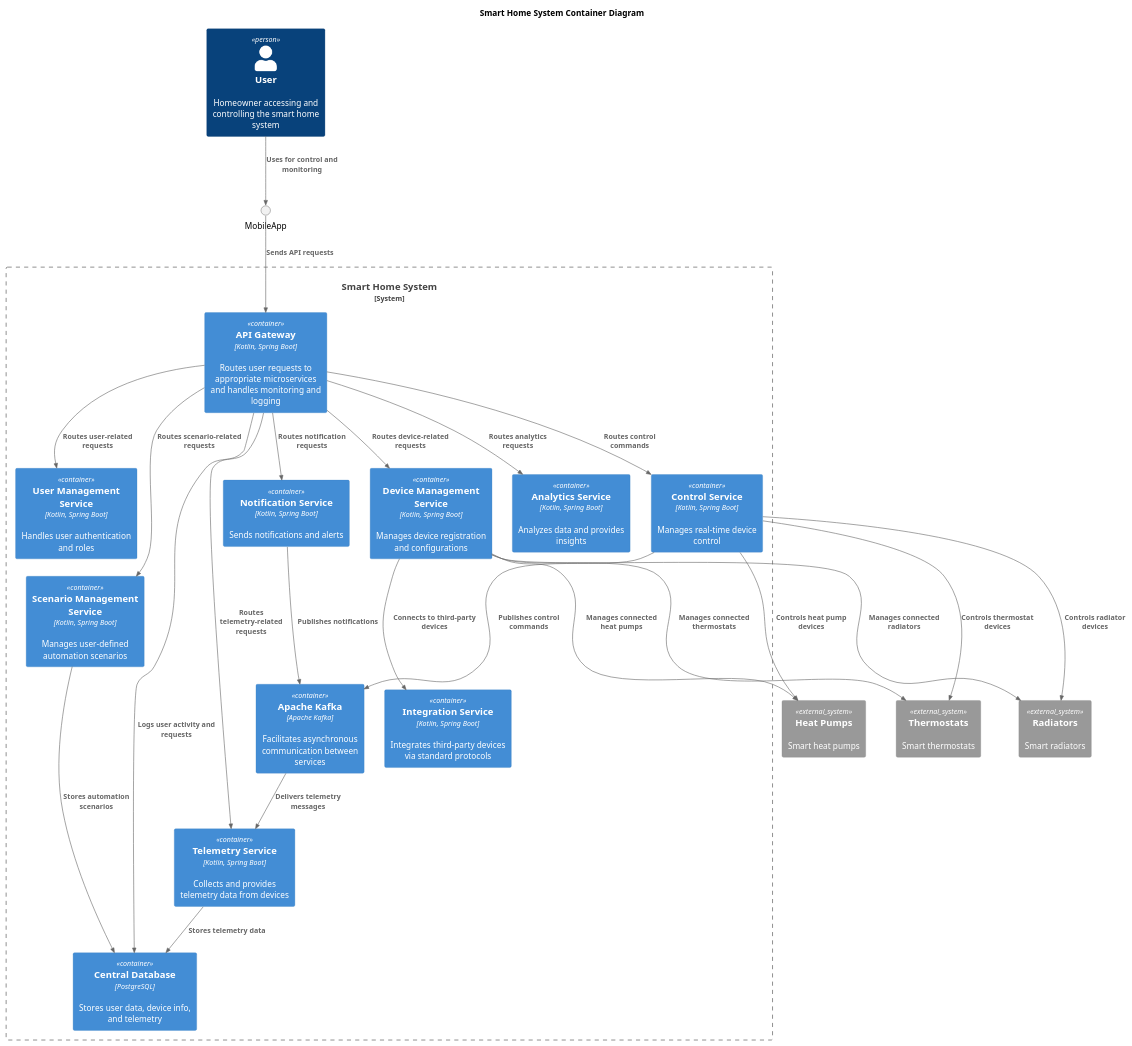
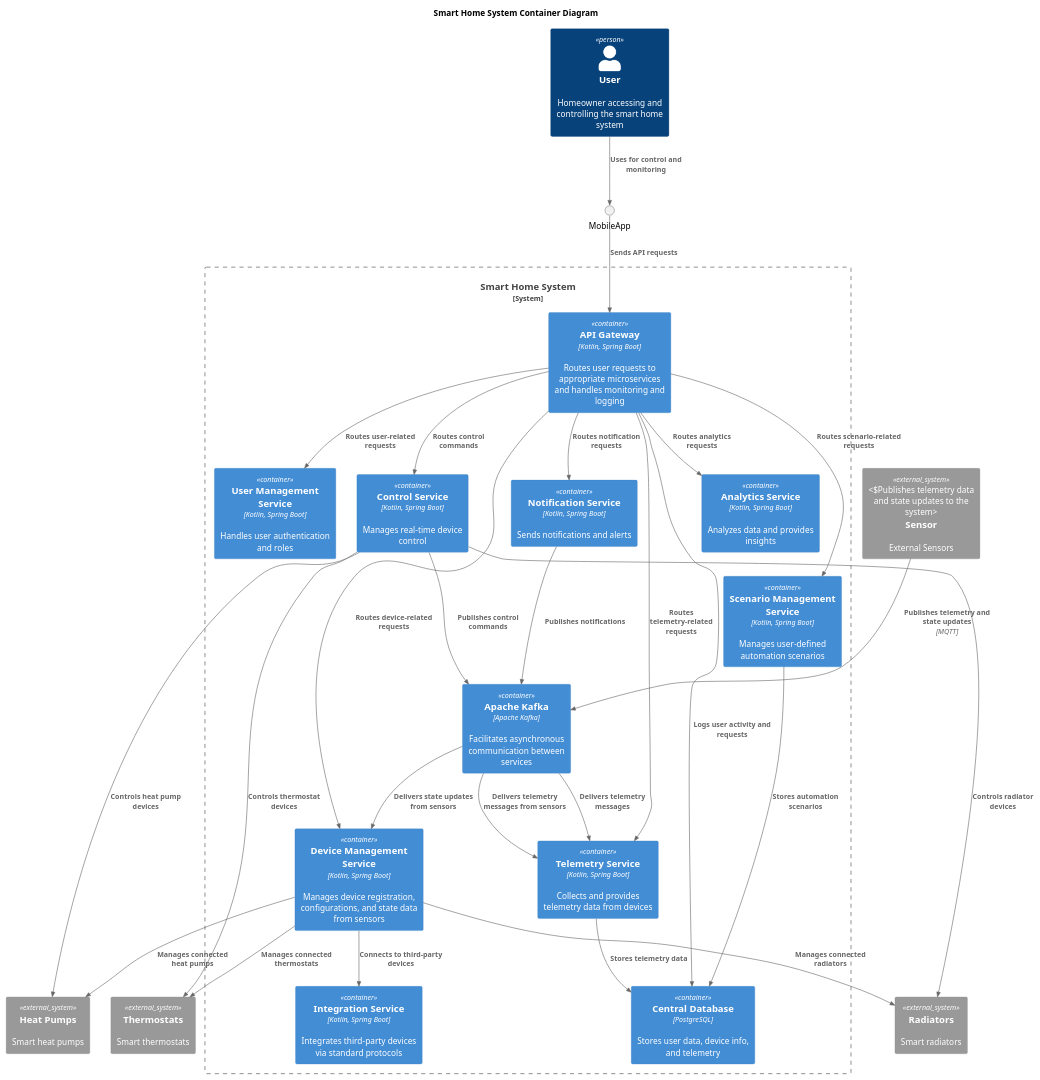
Before and after one commit to vladis62/yandex-asoftware-architect: the diagram in sprint3/homework/smart-home-monolith/diagrams/containers/SmartHomeMicroservices_Containers.puml, drawn with PlantUML. The commit also changed 3 other files, not shown here.

```diff
--- a/sprint3/homework/smart-home-monolith/diagrams/containers/SmartHomeMicroservices_Containers.puml
+++ b/sprint3/homework/smart-home-monolith/diagrams/containers/SmartHomeMicroservices_Containers.puml
@@ -1,51 +1,56 @@
 @startuml
 title Smart Home System Container Diagram
 
 top to bottom direction
 
 !includeurl https://raw.githubusercontent.com/RicardoNiepel/C4-PlantUML/master/C4_Component.puml
 
 Person(user, "User", "Homeowner accessing and controlling the smart home system")
 
 System_Boundary(SmartHomeSystem, "Smart Home System") {
   Container(UserManagement, "User Management Service", "Kotlin, Spring Boot", "Handles user authentication and roles")
-  Container(DeviceManagement, "Device Management Service", "Kotlin, Spring Boot", "Manages device registration and configurations")
+  Container(DeviceManagement, "Device Management Service", "Kotlin, Spring Boot", "Manages device registration, configurations, and state data from sensors")
   Container(ScenarioManagement, "Scenario Management Service", "Kotlin, Spring Boot", "Manages user-defined automation scenarios")
   Container(TelemetryService, "Telemetry Service", "Kotlin, Spring Boot", "Collects and provides telemetry data from devices")
   Container(ControlService, "Control Service", "Kotlin, Spring Boot", "Manages real-time device control")
   Container(NotificationService, "Notification Service", "Kotlin, Spring Boot", "Sends notifications and alerts")
   Container(IntegrationService, "Integration Service", "Kotlin, Spring Boot", "Integrates third-party devices via standard protocols")
   Container(AnalyticsService, "Analytics Service", "Kotlin, Spring Boot", "Analyzes data and provides insights")
   Container(API_Gateway, "API Gateway", "Kotlin, Spring Boot", "Routes user requests to appropriate microservices and handles monitoring and logging")
   Container(Kafka, "Apache Kafka", "Apache Kafka", "Facilitates asynchronous communication between services")
   Container(Database, "Central Database", "PostgreSQL", "Stores user data, device info, and telemetry")
 }
 
+System_Ext(Sensor, "Sensor", "External Sensors", "Publishes telemetry data and state updates to the system")
 System_Ext(Thermostats, "Thermostats", "Smart thermostats")
 System_Ext(Radiators, "Radiators", "Smart radiators")
 System_Ext(HeatPumps, "Heat Pumps", "Smart heat pumps")
 
 Rel(user, MobileApp, "Uses for control and monitoring")
 Rel(MobileApp, API_Gateway, "Sends API requests")
 Rel(API_Gateway, UserManagement, "Routes user-related requests")
 Rel(API_Gateway, DeviceManagement, "Routes device-related requests")
 Rel(API_Gateway, ScenarioManagement, "Routes scenario-related requests")
 Rel(API_Gateway, TelemetryService, "Routes telemetry-related requests")
 Rel(API_Gateway, ControlService, "Routes control commands")
 Rel(API_Gateway, NotificationService, "Routes notification requests")
 Rel(API_Gateway, AnalyticsService, "Routes analytics requests")
 Rel(DeviceManagement, IntegrationService, "Connects to third-party devices")
 Rel(ControlService, Kafka, "Publishes control commands")
 Rel(TelemetryService, Database, "Stores telemetry data")
 Rel(ScenarioManagement, Database, "Stores automation scenarios")
 Rel(NotificationService, Kafka, "Publishes notifications")
 Rel(Kafka, TelemetryService, "Delivers telemetry messages")
 Rel(DeviceManagement, Thermostats, "Manages connected thermostats")
 Rel(DeviceManagement, Radiators, "Manages connected radiators")
 Rel(DeviceManagement, HeatPumps, "Manages connected heat pumps")
 Rel(ControlService, Thermostats, "Controls thermostat devices")
 Rel(ControlService, Radiators, "Controls radiator devices")
 Rel(ControlService, HeatPumps, "Controls heat pump devices")
 Rel(API_Gateway, Database, "Logs user activity and requests")
 
+Rel(Sensor, Kafka, "Publishes telemetry and state updates", "MQTT")
+Rel(Kafka, DeviceManagement, "Delivers state updates from sensors")
+Rel(Kafka, TelemetryService, "Delivers telemetry messages from sensors")
+
 @enduml
```
